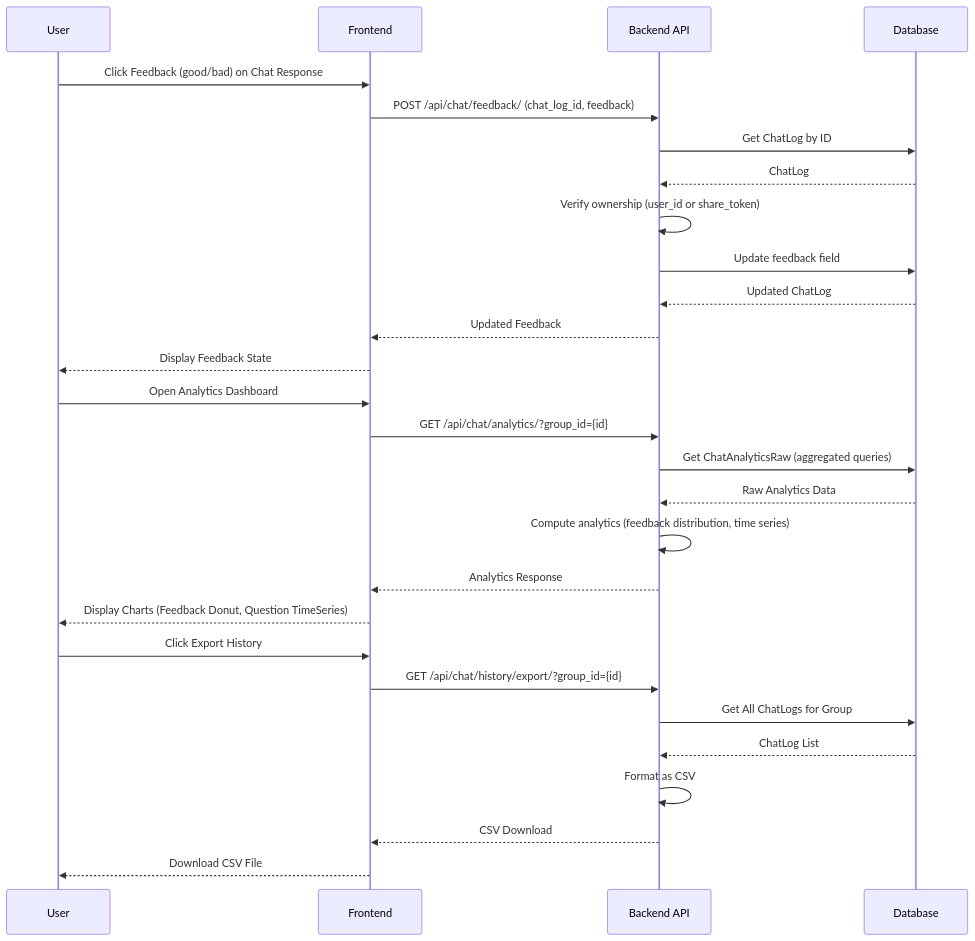
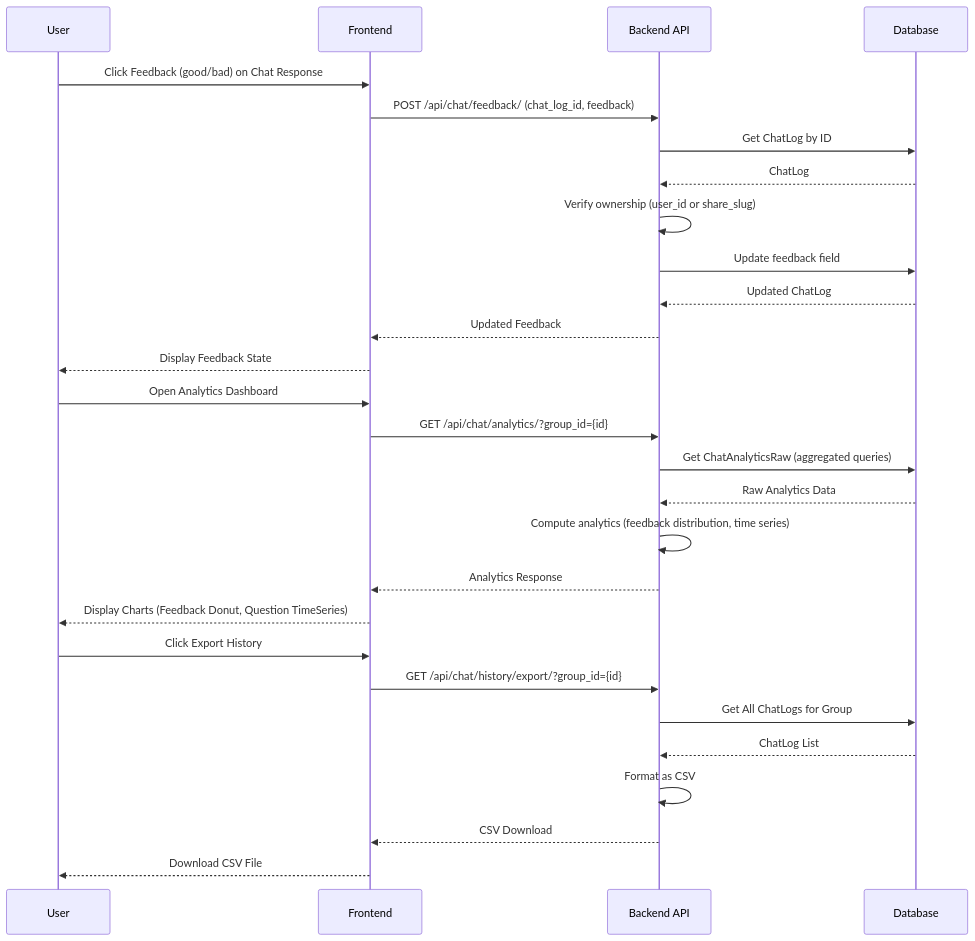
Before and after one commit to yukiharada1228/videoq: diagram 11 of 11 in docs/design/sequence-diagram.md, drawn with Mermaid. The commit also changed other lines of this file and 12 other files, not shown here.

Commit message:
docs: update system design, sequence diagrams, database schemas, and requirements docs

````diff
--- a/docs/design/sequence-diagram.md
+++ b/docs/design/sequence-diagram.md
@@ -391,36 +391,36 @@
 ```mermaid
 sequenceDiagram
     participant User as User
     participant Frontend as Frontend
     participant Backend as Backend API
     participant DB as Database
 
     %% Submit Feedback
     User->>Frontend: Click Feedback (good/bad) on Chat Response
     Frontend->>Backend: POST /api/chat/feedback/ (chat_log_id, feedback)
     Backend->>DB: Get ChatLog by ID
     DB-->>Backend: ChatLog
-    Backend->>Backend: Verify ownership (user_id or share_token)
+    Backend->>Backend: Verify ownership (user_id or share_slug)
     Backend->>DB: Update feedback field
     DB-->>Backend: Updated ChatLog
     Backend-->>Frontend: Updated Feedback
     Frontend-->>User: Display Feedback State
 
     %% View Analytics
     User->>Frontend: Open Analytics Dashboard
     Frontend->>Backend: GET /api/chat/analytics/?group_id={id}
     Backend->>DB: Get ChatAnalyticsRaw (aggregated queries)
     DB-->>Backend: Raw Analytics Data
     Backend->>Backend: Compute analytics (feedback distribution, time series)
     Backend-->>Frontend: Analytics Response
     Frontend-->>User: Display Charts (Feedback Donut, Question TimeSeries)
 
     %% Export History
     User->>Frontend: Click Export History
     Frontend->>Backend: GET /api/chat/history/export/?group_id={id}
     Backend->>DB: Get All ChatLogs for Group
     DB-->>Backend: ChatLog List
     Backend->>Backend: Format as CSV
     Backend-->>Frontend: CSV Download
     Frontend-->>User: Download CSV File
 ```
````
